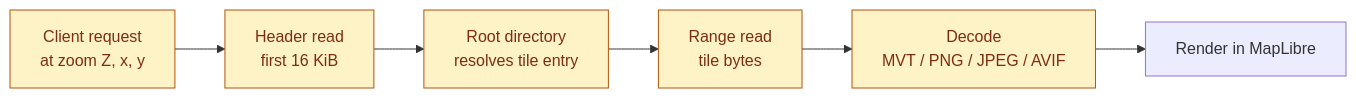
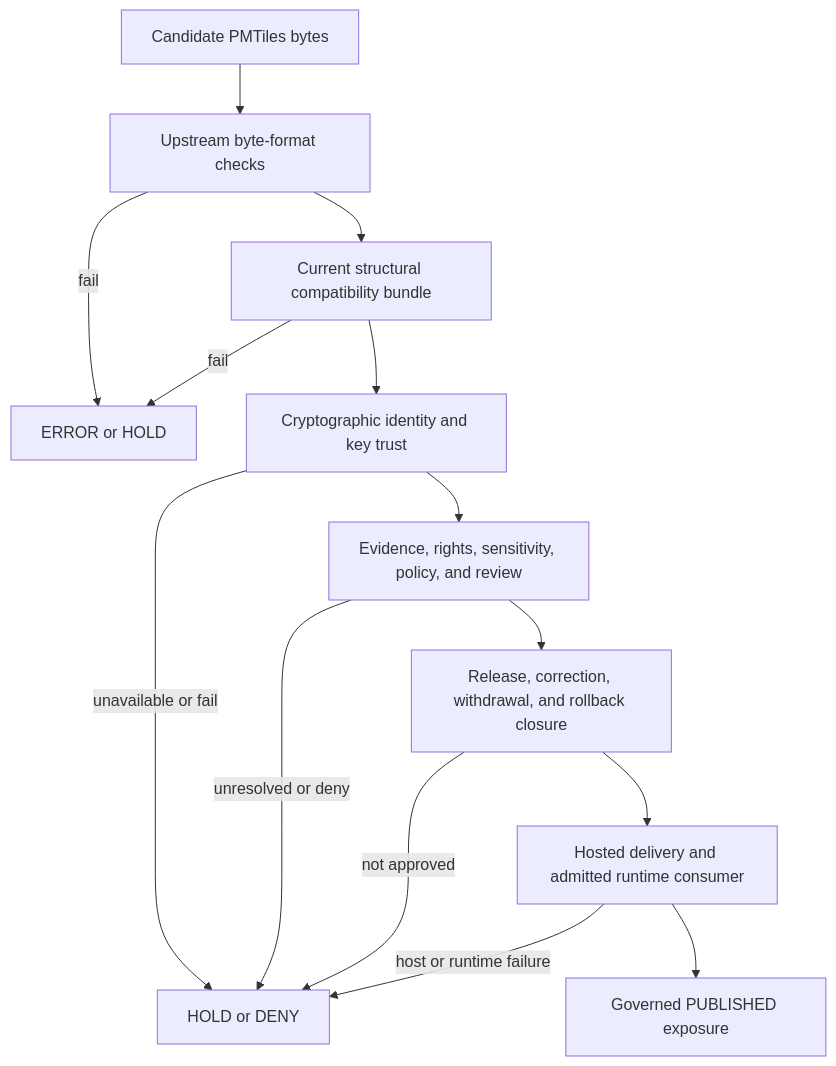
Before and after one commit to bartytime4life/Kansas-Frontier-Matrix: the first of 2 diagrams in docs/standards/PMTILES.md, drawn with Mermaid. The commit also changed other lines of this file, not shown here.

Commit message:
docs: modernize PMTiles standard boundary

````diff
--- a/docs/standards/PMTILES.md
+++ b/docs/standards/PMTILES.md
@@ -106,10 +456,16 @@
 ```mermaid
-flowchart LR
-  A[Client request<br/>at zoom Z, x, y] --> B[Header read<br/>first 16 KiB]
-  B --> C[Root directory<br/>resolves tile entry]
-  C --> D[Range read<br/>tile bytes]
-  D --> E[Decode<br/>MVT / PNG / JPEG / AVIF]
-  E --> F[Render in MapLibre]
-  classDef ext fill:#fef3c7,stroke:#b45309,color:#7c2d12;
-  class A,B,C,D,E ext;
+flowchart TD
+    A[Candidate PMTiles bytes] --> B[Upstream byte-format checks]
+    B -->|fail| X[ERROR or HOLD]
+    B --> C[Current structural compatibility bundle]
+    C -->|fail| X
+    C --> D[Cryptographic identity and key trust]
+    D -->|unavailable or fail| H[HOLD or DENY]
+    D --> E[Evidence, rights, sensitivity, policy, and review]
+    E -->|unresolved or deny| H
+    E --> F[Release, correction, withdrawal, and rollback closure]
+    F -->|not approved| H
+    F --> G[Hosted delivery and admitted runtime consumer]
+    G -->|host or runtime failure| H
+    G --> P[Governed PUBLISHED exposure]
 ```
````
